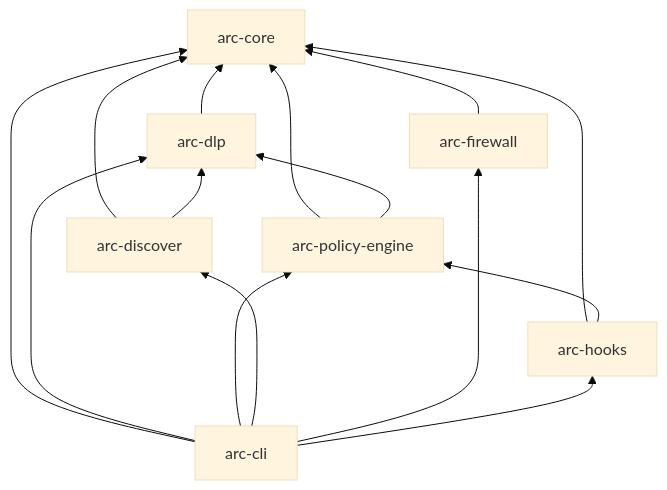
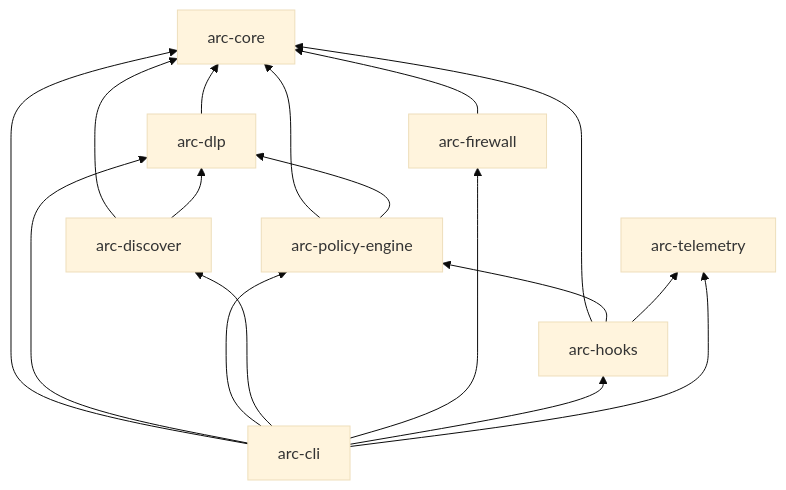
The second of 2 diagrams in docs/developer-guide.md (noviqtechnologies/vexa-arc), drawn with Mermaid (base theme) before and after one commit. The commit also changed other lines of this file and 17 other files, not shown here.

Commit message:
feat(telemetry): integrate arc-telemetry crate, pilot event pipeline, and broker observation logging

````diff
--- a/docs/developer-guide.md
+++ b/docs/developer-guide.md
@@ -66,25 +66,28 @@
 ```mermaid
 flowchart BT
     CORE["arc-core"]
     DLP["arc-dlp"]
     POLICY["arc-policy-engine"]
     DISCOVER["arc-discover"]
     FIREWALL["arc-firewall"]
     HOOKS["arc-hooks"]
+    TELEMETRY["arc-telemetry"]
     CLI["arc-cli"]
 
     DLP --> CORE
     POLICY --> CORE
     POLICY --> DLP
     DISCOVER --> CORE
     DISCOVER --> DLP
     FIREWALL --> CORE
     HOOKS --> CORE
     HOOKS --> POLICY
+    HOOKS --> TELEMETRY
     CLI --> CORE
     CLI --> DLP
     CLI --> POLICY
     CLI --> DISCOVER
     CLI --> FIREWALL
     CLI --> HOOKS
+    CLI --> TELEMETRY
 ```
````
